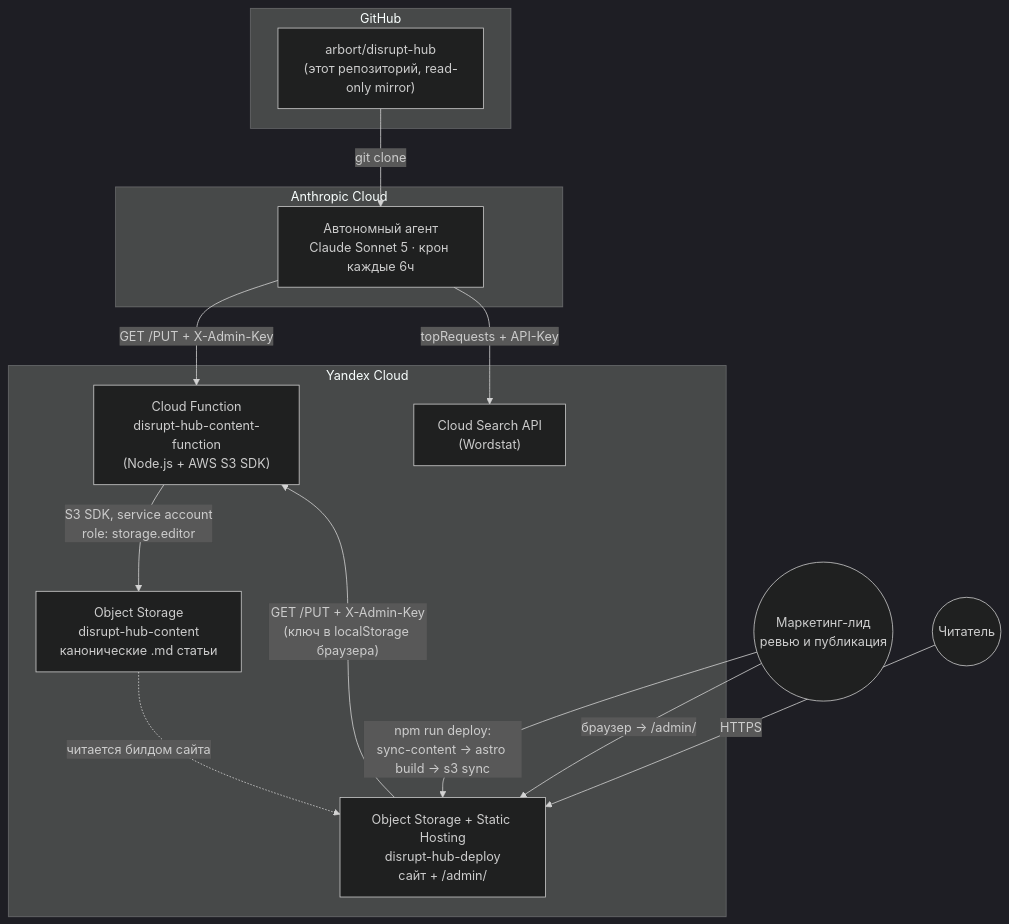
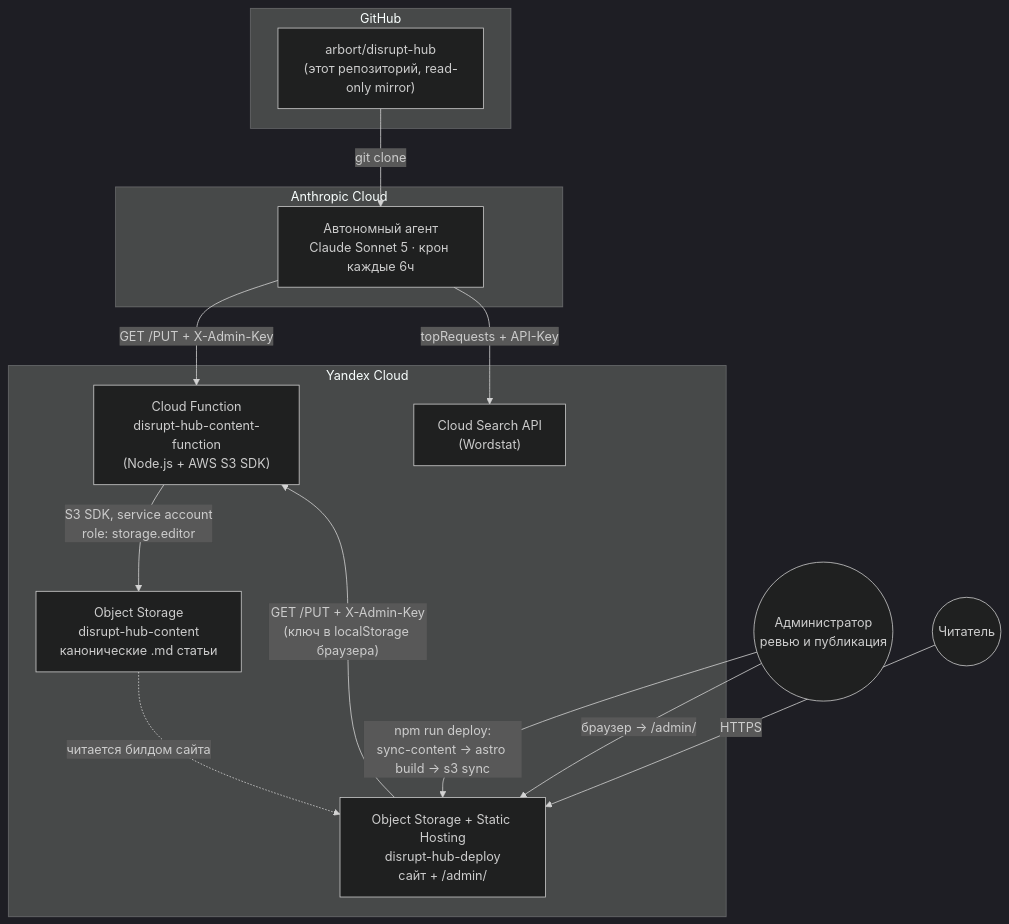
One commit to arbort/disrupt-hub changed the first of 2 diagrams in README.md. Above: the diagram before and after it, drawn with Mermaid (dark theme). The commit also changed other lines of this file and 1 other file, not shown here.

First line of the commit message:
Убрать разделение маркетинг/продукт-команда в пользу нейтрального «администратор»

````diff
--- a/README.md
+++ b/README.md
@@ -73,30 +73,30 @@
 ```mermaid
 flowchart TB
     subgraph gh["GitHub"]
         repo["arbort/disrupt-hub\n(этот репозиторий, read-only mirror)"]
     end
 
     subgraph anthropic["Anthropic Cloud"]
         routine["Автономный агент\nClaude Sonnet 5 · крон каждые 6ч"]
     end
 
     subgraph yc["Yandex Cloud"]
         func["Cloud Function\ndisrupt-hub-content-function\n(Node.js + AWS S3 SDK)"]
         content["Object Storage\ndisrupt-hub-content\nканонические .md статьи"]
         site["Object Storage + Static Hosting\ndisrupt-hub-deploy\nсайт + /admin/"]
         wordstat["Cloud Search API\n(Wordstat)"]
     end
 
-    human(("Маркетинг-лид\nревью и публикация"))
+    human(("Администратор\nревью и публикация"))
     reader(("Читатель"))
 
     repo -- "git clone" --> routine
     routine -- "GET /PUT + X-Admin-Key" --> func
     routine -- "topRequests + API-Key" --> wordstat
     func -- "S3 SDK, service account\nrole: storage.editor" --> content
     human -- "npm run deploy:\nsync-content → astro build → s3 sync" --> site
     content -. "читается билдом сайта" .-> site
     human -- "браузер → /admin/" --> site
     site -- "GET /PUT + X-Admin-Key\n(ключ в localStorage браузера)" --> func
     reader -- "HTTPS" --> site
 ```
````
